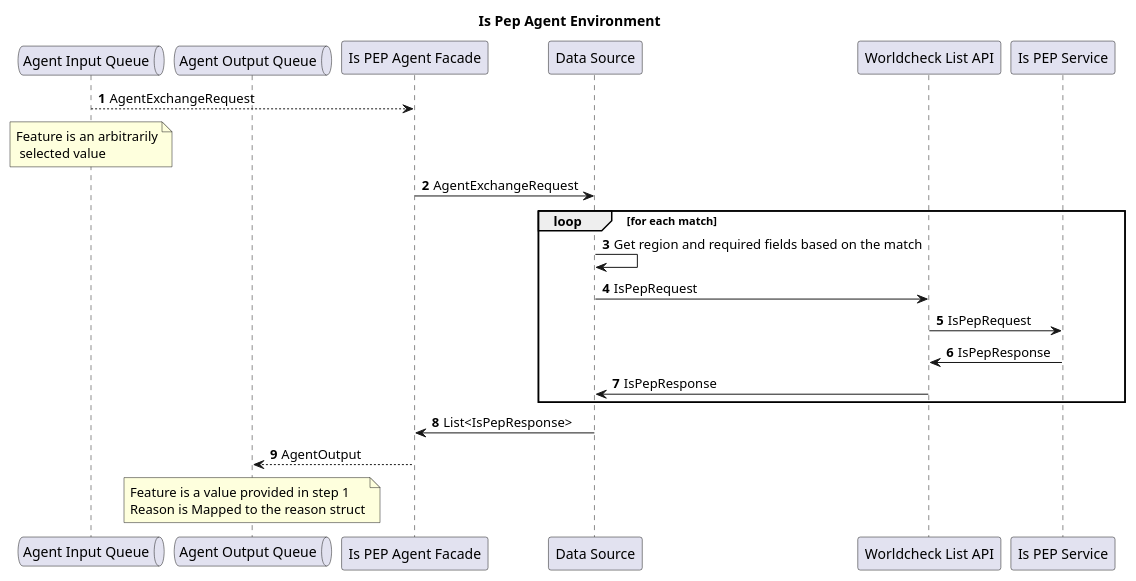
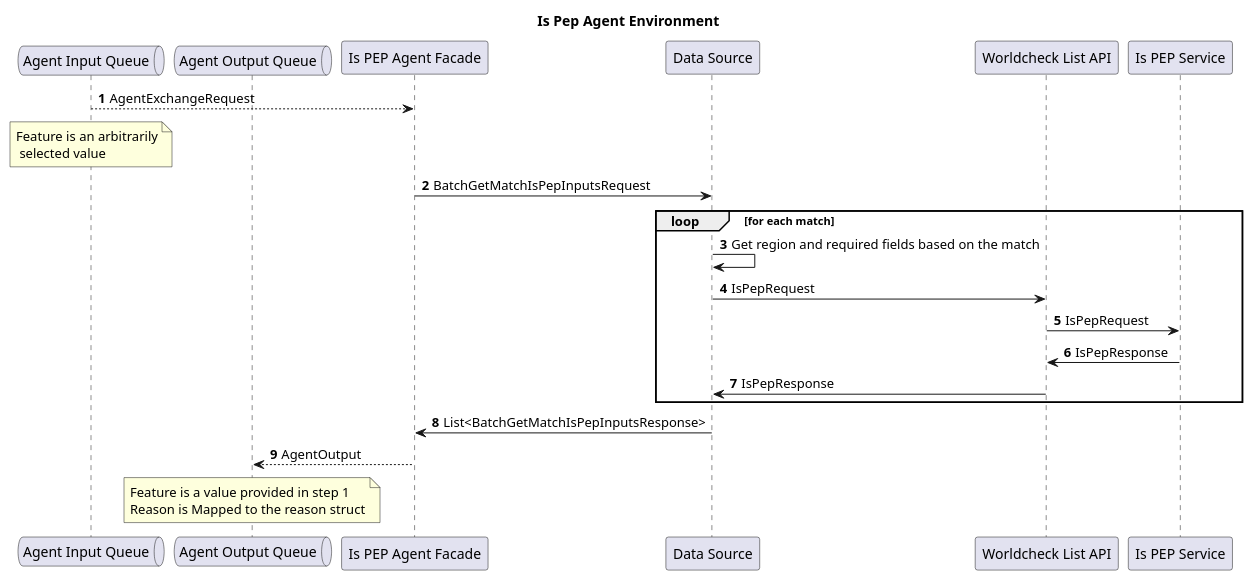
One commit to ngraczykowski/iris-root changed the diagram in modules/agents-api/docs/is-pep-agent-environment.adoc. Above: the diagram before and after it, drawn with PlantUML.

Commit message:
INTERNAL: Update Is PEP Agent environment documentation

```diff
--- a/modules/agents-api/docs/is-pep-agent-environment.adoc
+++ b/modules/agents-api/docs/is-pep-agent-environment.adoc
@@ -3,32 +3,32 @@
 [plantuml]
 ----
 @startuml
 
 autonumber
 title Is Pep Agent Environment
 
 queue "Agent Input Queue" as Input
 queue "Agent Output Queue" as Output
 participant "Is PEP Agent Facade" as Facade
 participant "Data Source" as DataSource
 participant "Worldcheck List API" as Worldcheck
 participant "Is PEP Service" as IsPepService
 
 Input --> Facade: AgentExchangeRequest
 note over Input: Feature is an arbitrarily\n selected value
-Facade -> DataSource: AgentExchangeRequest
+Facade -> DataSource: BatchGetMatchIsPepInputsRequest
 
 loop for each match
 DataSource -> DataSource: Get region and required fields based on the match
 DataSource -> Worldcheck: IsPepRequest
 Worldcheck -> IsPepService: IsPepRequest
 IsPepService -> Worldcheck: IsPepResponse
 Worldcheck -> DataSource: IsPepResponse
 end
 
-DataSource -> Facade: List<IsPepResponse>
+DataSource -> Facade: List<BatchGetMatchIsPepInputsResponse>
 Facade --> Output: AgentOutput
 note over Output: Feature is a value provided in step 1\nReason is Mapped to the reason struct
 
 @enduml
 ----
```
